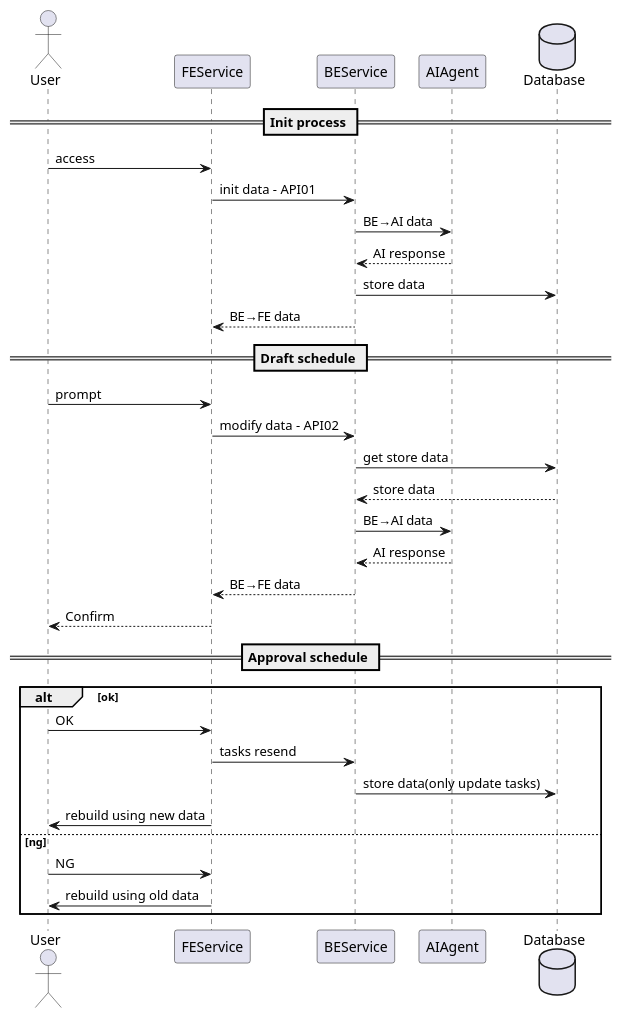
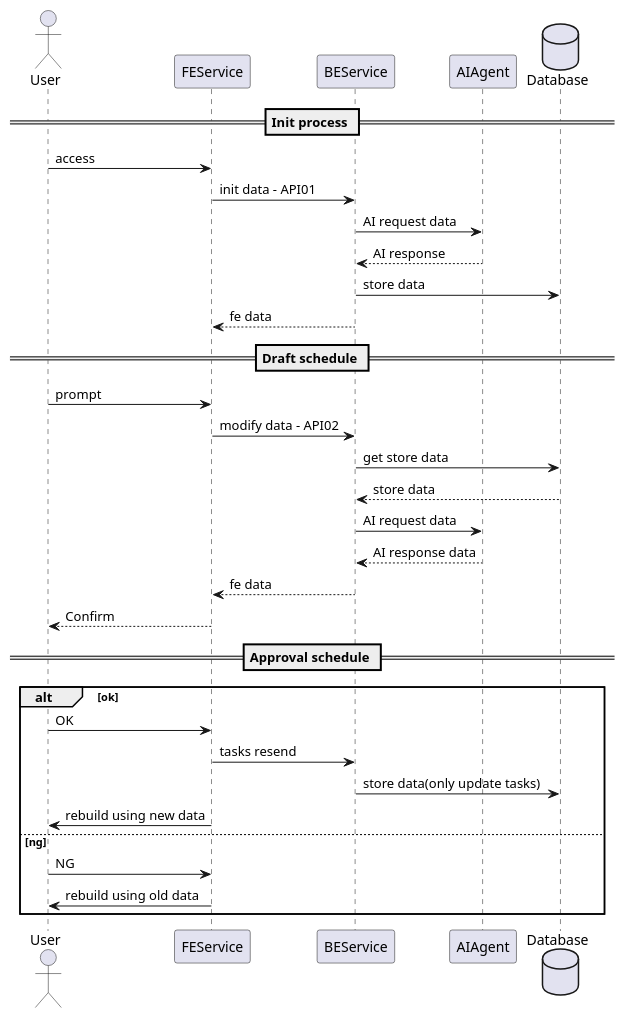
Before and after one commit to terutika0604/DreamGenie: the diagram in DreamGenie.pu, drawn with PlantUML.

Commit message:
change sequence

```diff
--- a/DreamGenie.pu
+++ b/DreamGenie.pu
@@ -1,37 +1,37 @@
 @startuml sequence_diagram
 actor User
 participant FEService
 participant BEService
 participant AIAgent
 database Database
 
 == Init process ==
 User -> FEService: access
 FEService -> BEService: init data - API01
-BEService -> AIAgent: BE→AI data
+BEService -> AIAgent: AI request data
 AIAgent --> BEService: AI response
 BEService -> Database: store data
-BEService --> FEService: BE→FE data
+BEService --> FEService: fe data
 
 == Draft schedule ==
 User -> FEService: prompt
 FEService -> BEService: modify data - API02
 BEService -> Database: get store data
 Database --> BEService: store data
-BEService -> AIAgent: BE→AI data
-AIAgent --> BEService: AI response
-BEService --> FEService: BE→FE data
+BEService -> AIAgent: AI request data
+AIAgent --> BEService: AI response data
+BEService --> FEService: fe data
 FEService --> User: Confirm
 
 == Approval schedule ==
 alt ok
   User -> FEService: OK
   FEService -> BEService: tasks resend
   BEService -> Database: store data(only update tasks)
   FEService -> User: rebuild using new data
 else ng
   User -> FEService: NG
   FEService -> User: rebuild using old data
 end
 
 @enduml
```
